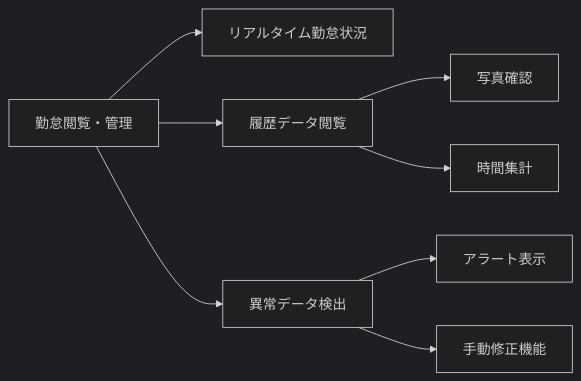
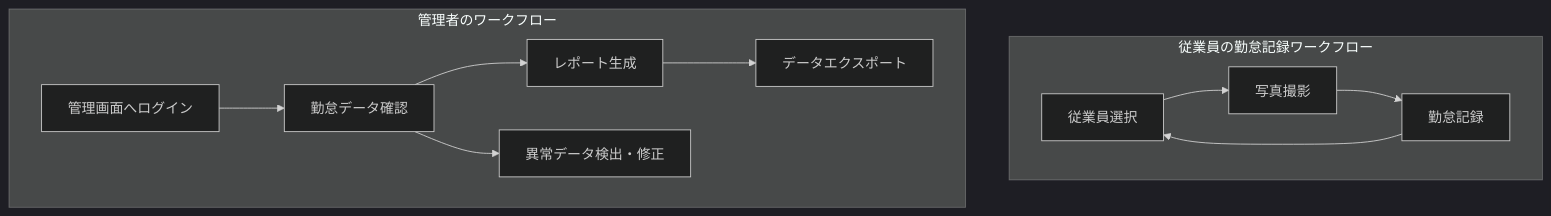
The first of 2 diagrams in doc/business_requirements.md (yamasaw/attendance-management-by-ai-driven), drawn with Mermaid (dark theme) before and after one commit. The commit also changed other lines of this file, not shown here.

First line of the commit message:
Update: Business requirements document with workflow diagram and function summary table

````diff
--- a/doc/business_requirements.md
+++ b/doc/business_requirements.md
@@ -48,10 +15,15 @@
 ```mermaid
-flowchart LR
-    A[勤怠閲覧・管理] --> B[リアルタイム勤怠状況]
-    A --> C[履歴データ閲覧]
-    A --> D[異常データ検出]
-    C --> E[写真確認]
-    C --> F[時間集計]
-    D --> G[アラート表示]
-    D --> H[手動修正機能]
+flowchart TD
+    subgraph "従業員の勤怠記録ワークフロー"
+        A[従業員選択] --> B[写真撮影]
+        B --> C[勤怠記録]
+        C --> A
+    end
+
+    subgraph "管理者のワークフロー"
+        D[管理画面へログイン] --> E[勤怠データ確認]
+        E --> F[レポート生成]
+        F --> G[データエクスポート]
+        E --> H[異常データ検出・修正]
+    end
 ```
````
